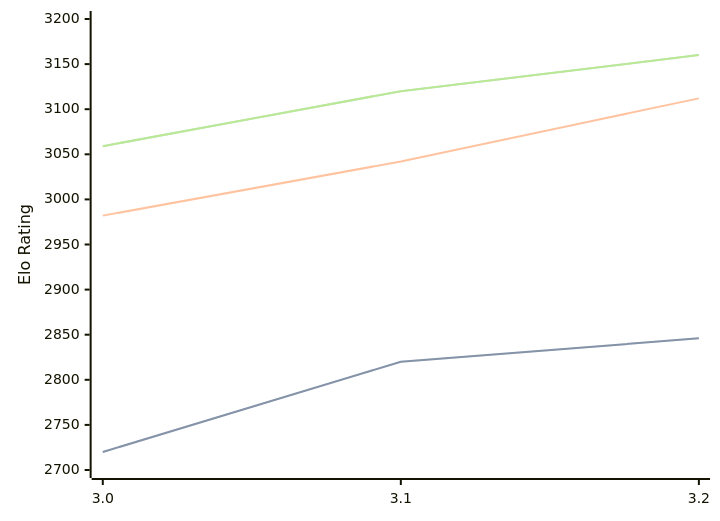
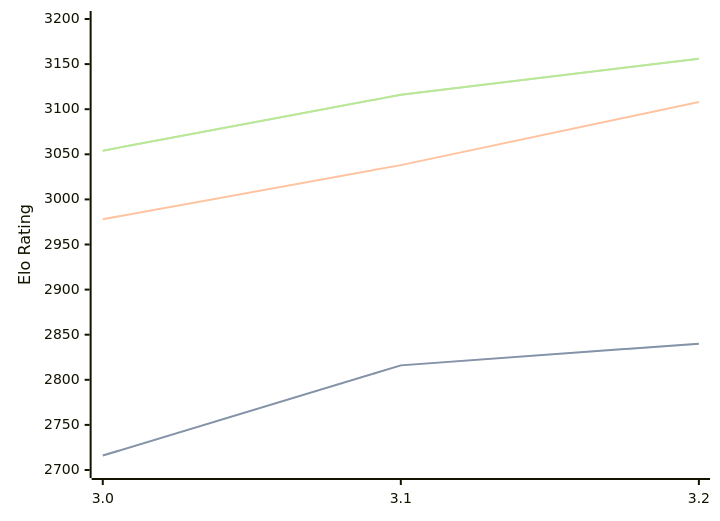
The first of 3 diagrams in engines/Vajolet2.md (computer-chess-index/cci), drawn with Mermaid before and after one commit. The commit also changed other lines of this file, not shown here.

Commit message:
Update CCI Ratings (ELO VLTC) - 2026-07-16

````diff
--- a/engines/Vajolet2.md
+++ b/engines/Vajolet2.md
@@ -41,11 +41,11 @@
 ```mermaid
 %%{init: {"theme":"base","themeVariables":{"seriesColors:['#a3a3a3','#222221','#faa371']}}}%%
 xychart-beta
   x-axis ["3.0", "3.1", "3.2"]
   y-axis "Elo Rating" 2700 --> 3200
-  line "STC (8.0+0.08s)" [2720, 2820, 2846]
-  line "STC (8.0+0.08s)" [2720, 2820, 2846]
-  line "LTC (60.0+0.60s)" [2982, 3042, 3112]
-  line "VLTC (2m24s+1.12s)" [3059, 3120, 3160]
-  line "VLTC (2m24s+1.12s)" [3059, 3120, 3160]
+  line "STC (8.0+0.08s)" [2716, 2816, 2840]
+  line "STC (8.0+0.08s)" [2716, 2816, 2840]
+  line "LTC (60.0+0.60s)" [2978, 3038, 3108]
+  line "VLTC (2m24s+1.12s)" [3054, 3116, 3156]
+  line "VLTC (2m24s+1.12s)" [3054, 3116, 3156]
 ```
````
